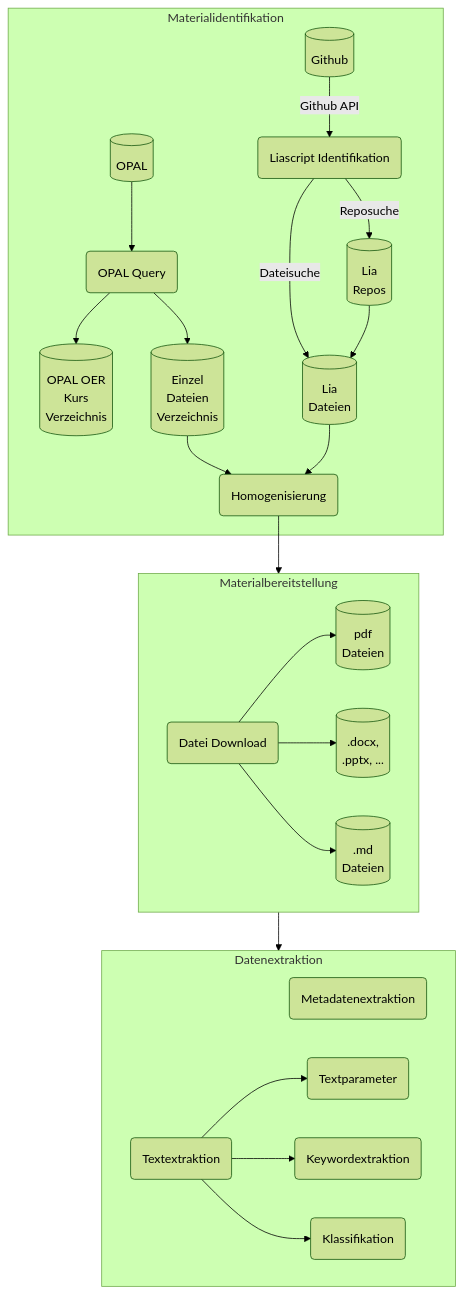
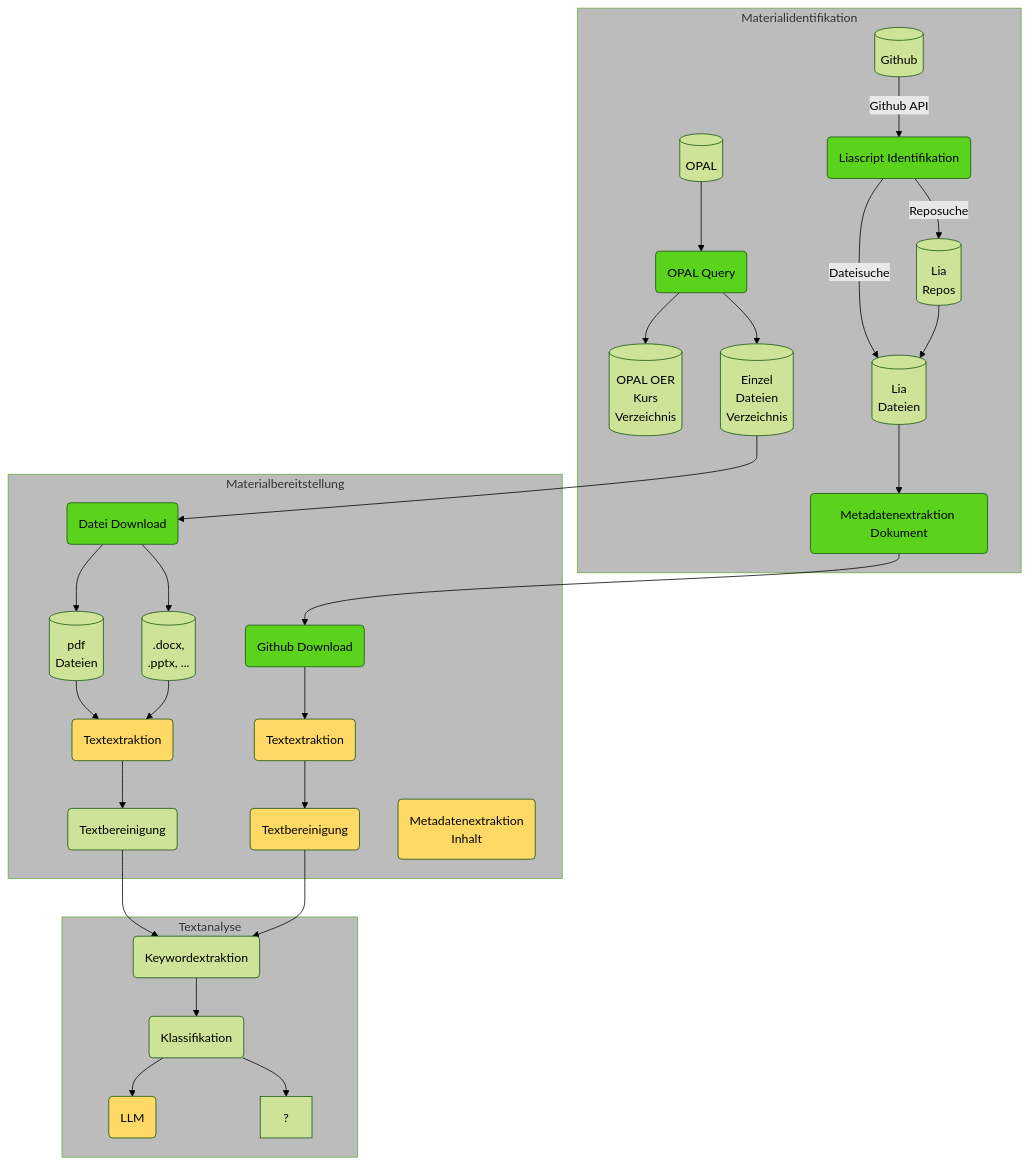
The diagram in profile/README.md (TUBAF-IFI-ConnectedLecturer/.github), drawn with Mermaid (forest theme) before and after one commit.

````diff
--- a/profile/README.md
+++ b/profile/README.md
@@ -5,36 +5,52 @@
 ```mermaid
 flowchart TD
 
-    classDef someclass fill:#f96
-    
+    classDef green fill:#5bd21c
+    classDef yellow fill:#ffd966
+    classDef gray fill:#bcbcbc
+
     subgraph Materialidentifikation
     OPAL[(OPAL)] --> OPAL_QUERY(OPAL Query)
+    OPAL_QUERY:::green
     OPAL_QUERY --> OPAL_REPOS[(OPAL OER\nKurs\nVerzeichnis)]
     OPAL_QUERY --> OPAL_FILES[(Einzel\nDateien\nVerzeichnis)]
-    GITHUB[(Github)] --> |Github API| LIA_IDENT(Liascript Identifikation)
+    LIA_IDENT(Liascript Identifikation)
+    GITHUB[(Github)] --> |Github API| LIA_IDENT:::green
     LIA_IDENT --> |Dateisuche| LIA_FILES[(Lia\nDateien)]
     LIA_REPOS --> LIA_FILES
     LIA_IDENT --> |Reposuche| LIA_REPOS[(Lia\nRepos)]
-    LIA_FILES --> DB_HOMOGENISIERUNG(Homogenisierung)
-    OPAL_FILES--> DB_HOMOGENISIERUNG 
+    LIA_FILES --> FEATURE_EXTRACTION_LIA(Metadatenextraktion Dokument)
+    FEATURE_EXTRACTION_LIA:::green
     end
 
     subgraph Materialbereitstellung
     FILE_DOWNLOAD(Datei Download)
-    FILE_DOWNLOAD --> PDFS[(pdf\n Dateien)]
+    FILE_DOWNLOAD:::green --> PDFS[(pdf\n Dateien)]
     FILE_DOWNLOAD --> OFFICE[(.docx,\n.pptx, ...)]
-    FILE_DOWNLOAD --> MD[(.md\n Dateien)]
+    PDFS --> TEXTEXTRAKTION_OPAL(Textextraktion)
+    OFFICE --> TEXTEXTRAKTION_OPAL(Textextraktion)
+    TEXTEXTRAKTION_OPAL:::yellow
+    TEXTEXTRAKTION_OPAL --> TEXTPREPROCESSING_OPAL(Textbereinigung)
+    GITHUB_DOWNLOAD(Github Download)
+    GITHUB_DOWNLOAD:::green --> TEXTEXTRAKTION_LIA(Textextraktion)
+    TEXTEXTRAKTION_LIA:::yellow
+    TEXTEXTRAKTION_LIA --> TEXTPREPROCESSING_LIA(Textbereinigung)
+    TEXTPREPROCESSING_LIA:::yellow
+    METADATENEXTRAKTION(Metadatenextraktion \n Inhalt)
+    METADATENEXTRAKTION:::yellow
     end
 
-    subgraph Datenextraktion
-    METADATENEXTRAKTION(Metadatenextraktion)
-   
-    TEXTEXTRAKTION(Textextraktion)
-    TEXTEXTRAKTION --> TEXTPARAMETER(Textparameter)
-    TEXTEXTRAKTION --> KEYWORDEXTRAKTION(Keywordextraktion)
-    TEXTEXTRAKTION --> KLASSIFIKATION(Klassifikation)
-    end
+    subgraph Textanalyse
+    KEYWORDEXTRAKTION(Keywordextraktion) --> KLASSIFIKATION(Klassifikation)
+    KLASSIFIKATION --> LLM(LLM)
+    LLM:::yellow
+    KLASSIFIKATION --> ?
+     end
 
-    DB_HOMOGENISIERUNG -->  Materialbereitstellung
-    Materialbereitstellung --> Datenextraktion
+    OPAL_FILES -->  FILE_DOWNLOAD
+    FEATURE_EXTRACTION_LIA -->  GITHUB_DOWNLOAD
+    TEXTPREPROCESSING_OPAL --> KEYWORDEXTRAKTION
+    TEXTPREPROCESSING_LIA --> KEYWORDEXTRAKTION
+
+    class Materialidentifikation,Materialbereitstellung,Textanalyse gray
 ```
````
